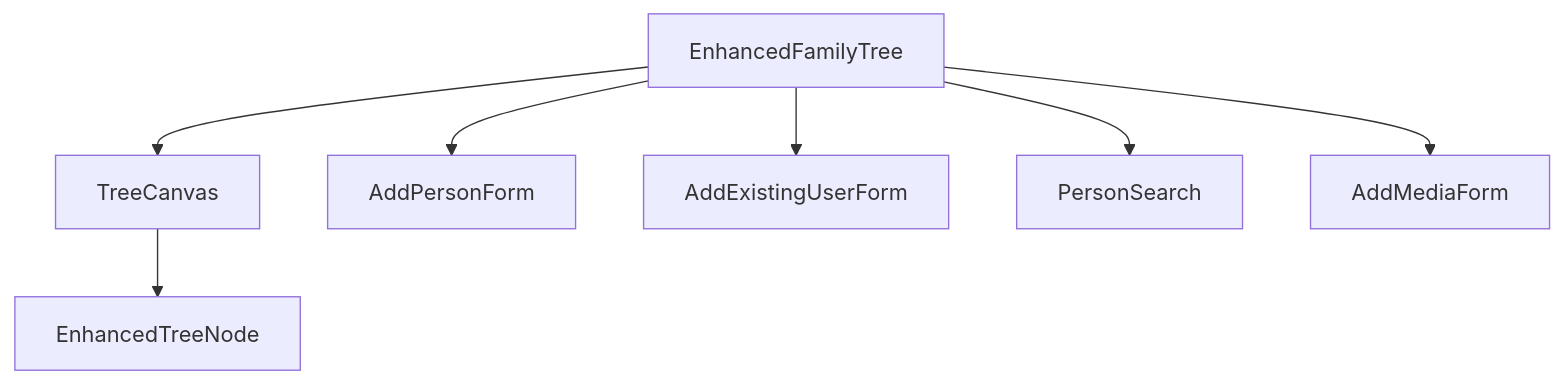
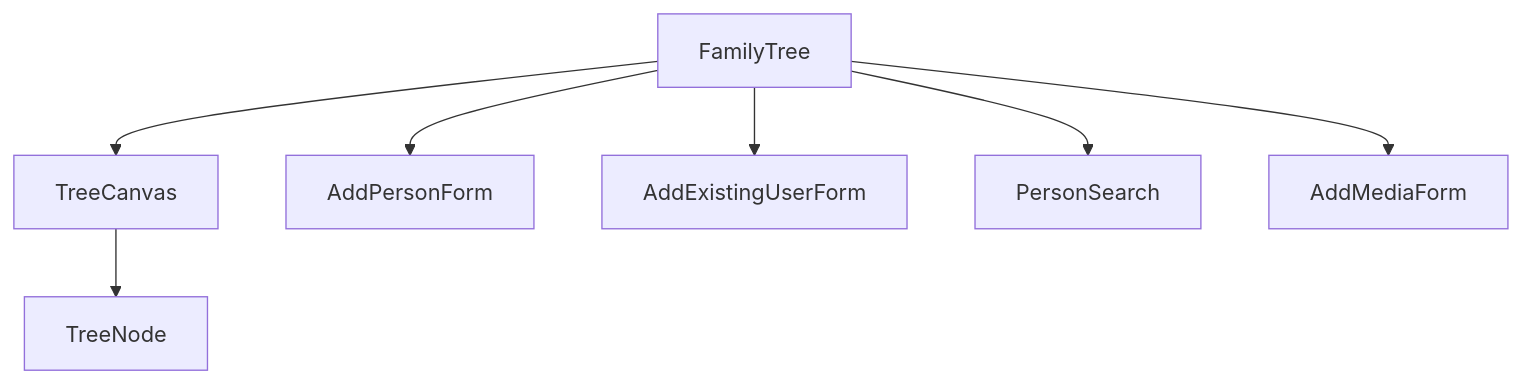
Before and after one commit to tpmorg/Treemaker: the diagram in README.md, drawn with Mermaid. The commit also changed other lines of this file and 6 other files, not shown here.

````diff
--- a/README.md
+++ b/README.md
@@ -32,9 +32,9 @@
 ```mermaid
 graph TD
-  EF[EnhancedFamilyTree] --> TC[TreeCanvas]
-  TC --> ETN[EnhancedTreeNode]
+  EF[FamilyTree] --> TC[TreeCanvas]
+  TC --> TN[TreeNode]
   EF --> APF[AddPersonForm]
   EF --> AEUF[AddExistingUserForm]
   EF --> PS[PersonSearch]
   EF --> AMF[AddMediaForm]
 ```
````
